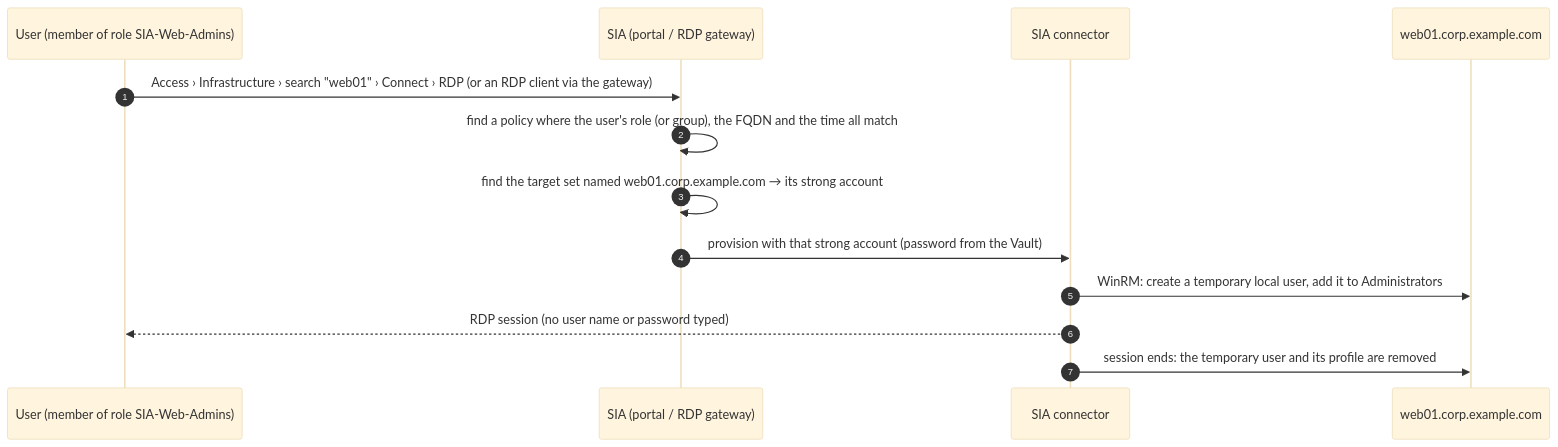
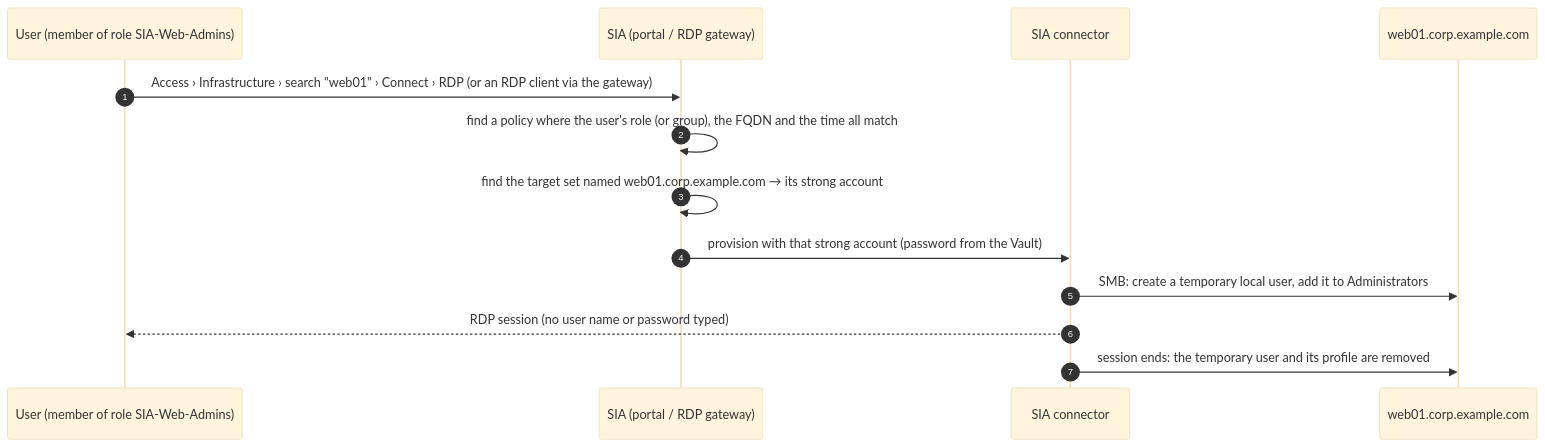
Before and after one commit to umair-wwt/sia-policy: the diagram in docs/OPERATIONS.md, drawn with Mermaid (base theme). The commit also changed other lines of this file and 22 other files, not shown here.

````diff
--- a/docs/OPERATIONS.md
+++ b/docs/OPERATIONS.md
@@ -99,15 +104,15 @@
 ```mermaid
 sequenceDiagram
     autonumber
     participant U as User (member of role SIA-Web-Admins)
     participant SIA as SIA (portal / RDP gateway)
     participant C as SIA connector
     participant W as web01.corp.example.com
     U->>SIA: Access › Infrastructure › search "web01" › Connect › RDP (or an RDP client via the gateway)
     SIA->>SIA: find a policy where the user's role (or group), the FQDN and the time all match
     SIA->>SIA: find the target set named web01.corp.example.com → its strong account
     SIA->>C: provision with that strong account (password from the Vault)
-    C->>W: WinRM: create a temporary local user, add it to Administrators
+    C->>W: SMB: create a temporary local user, add it to Administrators
     C-->>U: RDP session (no user name or password typed)
     C->>W: session ends: the temporary user and its profile are removed
 ```
````
